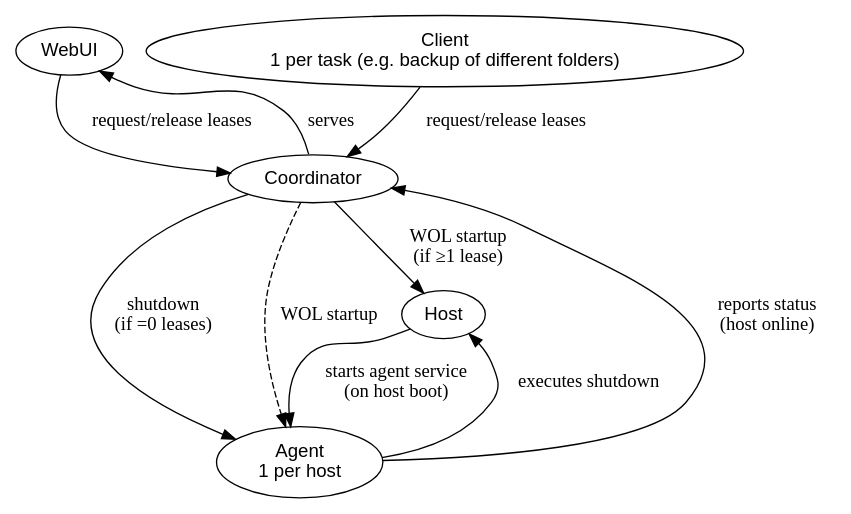
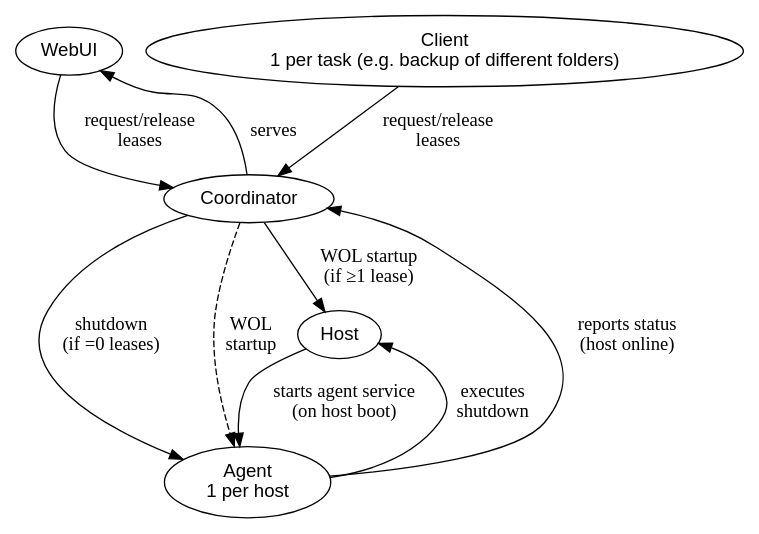
The diagram in coordinator/assets/architecture.dot (9SMTM6/shuthost), drawn with Graphviz before and after one commit. The commit also changed 1 other file, not shown here.

Commit message:
improve architecture graph

```diff
--- a/coordinator/assets/architecture.dot
+++ b/coordinator/assets/architecture.dot
@@ -1,25 +1,25 @@
 digraph HostLifecycle {
   rankdir=TB;
   node [shape=ellipse, fontname="Helvetica"];
 
   webui [label="WebUI"];
   client [label="Client\n1 per task (e.g. backup of different folders)"];
   coordinator [label="Coordinator"];
   agent [label="Agent\n1 per host"];
   host [label="Host"];
 
   // Other relationships
   host -> agent [label="starts agent service\n(on host boot)"];
   coordinator -> webui [label="serves"];
 
   // Lease interactions (combined arrow)
-  client -> coordinator [label="request/release leases"];
-  webui -> coordinator [label="request/release leases"];
+  client -> coordinator [label="request/release\nleases"];
+  webui -> coordinator [label="request/release\nleases"];
 
   // Host lifecycle commands
   coordinator -> host [label="WOL startup\n(if ≥1 lease)"];
   coordinator -> agent [label="shutdown\n(if =0 leases)"];
-  agent -> host [label="executes shutdown"];
+  agent -> host [label="executes\nshutdown"];
   agent -> coordinator [label="reports status\n(host online)"];
-  coordinator -> agent [label="WOL startup", style=dashed];
+  coordinator -> agent [label="WOL\nstartup", style=dashed];
 }
```
